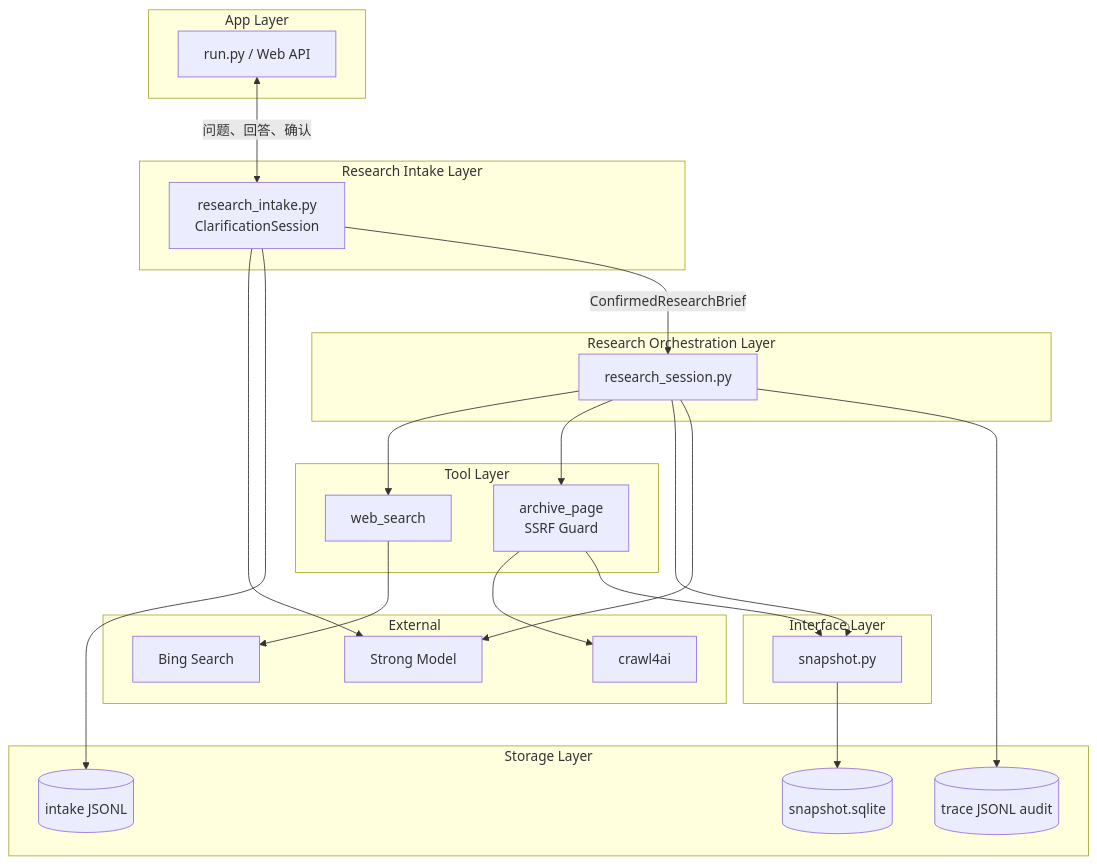
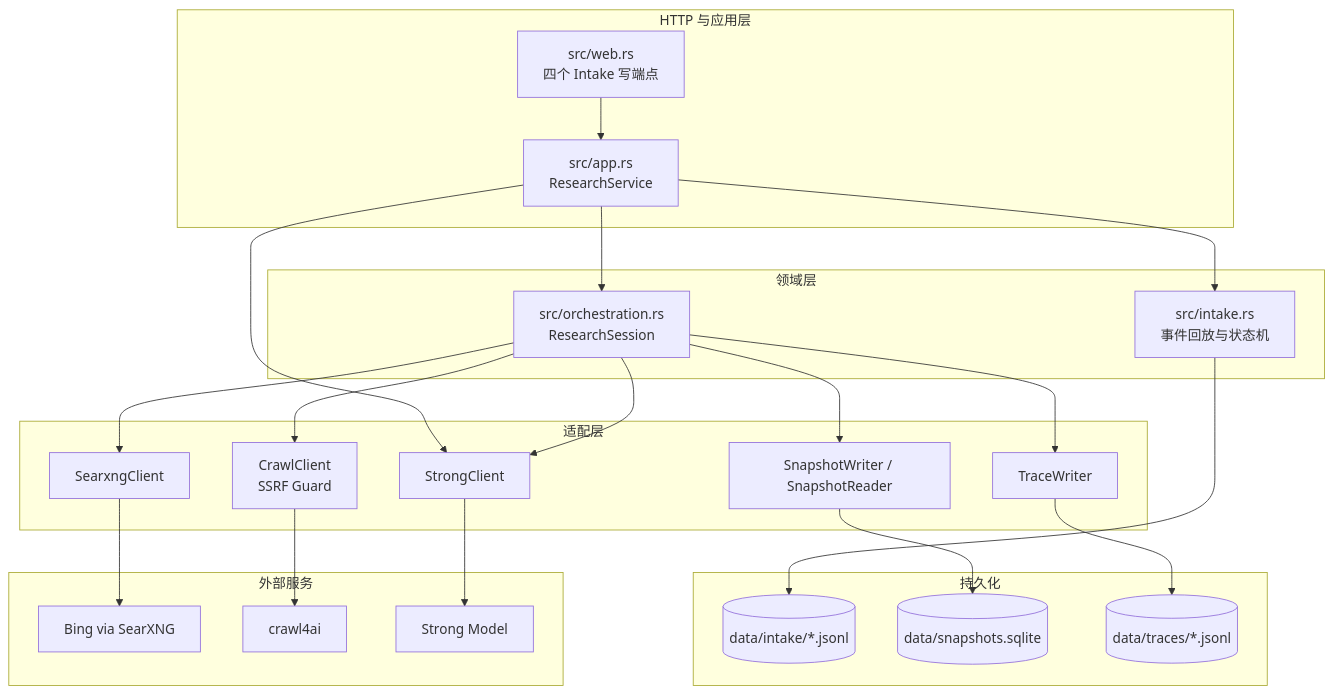
Before and after one commit to SuperCatQR/traceable-research-runtime: the first of 6 diagrams in docs/web-search-architecture.md, drawn with Mermaid. The commit also changed other lines of this file and 12 other files, not shown here.

Commit message:
fix: align research pipeline with architecture

````diff
--- a/docs/web-search-architecture.md
+++ b/docs/web-search-architecture.md
@@ -102,49 +92,42 @@
 ```mermaid
 flowchart TB
-    subgraph appLayer["App Layer"]
-        appProc["run.py / Web API"]
+    subgraph appLayer["HTTP 与应用层"]
+        webApi["src/web.rs<br/>四个 Intake 写端点"]
+        appService["src/app.rs<br/>ResearchService"]
     end
 
-    subgraph intakeLayer["Research Intake Layer"]
-        intakeProc["research_intake.py<br/>ClarificationSession"]
+    subgraph domainLayer["领域层"]
+        intakeCore["src/intake.rs<br/>事件回放与状态机"]
+        sessionCore["src/orchestration.rs<br/>ResearchSession"]
     end
 
-    subgraph flowLayer["Research Orchestration Layer"]
-        sessionProc["research_session.py"]
+    subgraph adapterLayer["适配层"]
+        searchAdapter["SearxngClient"]
+        crawlAdapter["CrawlClient<br/>SSRF Guard"]
+        modelAdapter["StrongClient"]
+        snapshotCaps["SnapshotWriter / SnapshotReader"]
+        traceWriter["TraceWriter"]
     end
 
-    subgraph serviceLayer["Tool Layer"]
-        webSearch["web_search"]
-        archivePage["archive_page<br/>SSRF Guard"]
+    subgraph storageLayer["持久化"]
+        intakeLog[("data/intake/*.jsonl")]
+        snapshotDb[("data/snapshots.sqlite")]
+        auditLog[("data/traces/*.jsonl")]
     end
 
-    subgraph interfaceLayer["Interface Layer"]
-        snapshotApi["snapshot.py"]
-    end
-
-    subgraph storageLayer["Storage Layer"]
-        intakeLog[("intake JSONL")]
-        snapshotDb[("snapshot.sqlite")]
-        auditLog[("trace JSONL audit")]
-    end
-
-    subgraph externalLayer["External"]
-        bingEngine["Bing Search"]
+    subgraph externalLayer["外部服务"]
+        bingEngine["Bing via SearXNG"]
         crawlService["crawl4ai"]
         strongModel["Strong Model"]
     end
 
-    appProc <-->|问题、回答、确认| intakeProc
-    intakeProc --> strongModel
-    intakeProc --> intakeLog
-    intakeProc -->|ConfirmedResearchBrief| sessionProc
-    sessionProc --> webSearch
-    sessionProc --> archivePage
-    sessionProc --> snapshotApi
-    sessionProc --> strongModel
-    sessionProc --> auditLog
-    webSearch --> bingEngine
-    archivePage --> crawlService
-    archivePage --> snapshotApi
-    snapshotApi --> snapshotDb
+    webApi --> appService
+    appService --> intakeCore --> intakeLog
+    appService --> sessionCore
+    appService --> modelAdapter --> strongModel
+    sessionCore --> searchAdapter --> bingEngine
+    sessionCore --> crawlAdapter --> crawlService
+    sessionCore --> modelAdapter
+    sessionCore --> snapshotCaps --> snapshotDb
+    sessionCore --> traceWriter --> auditLog
 ```
````
